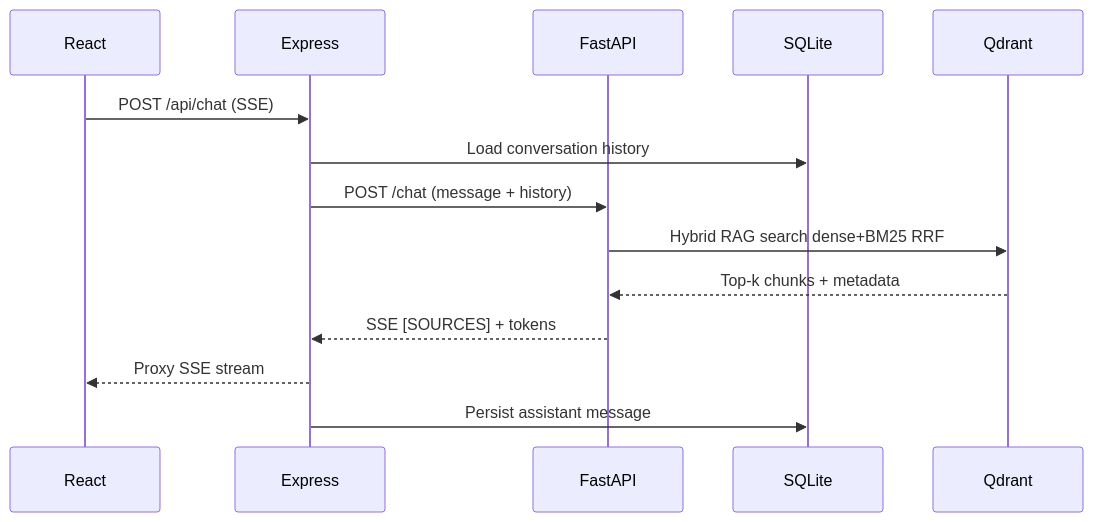
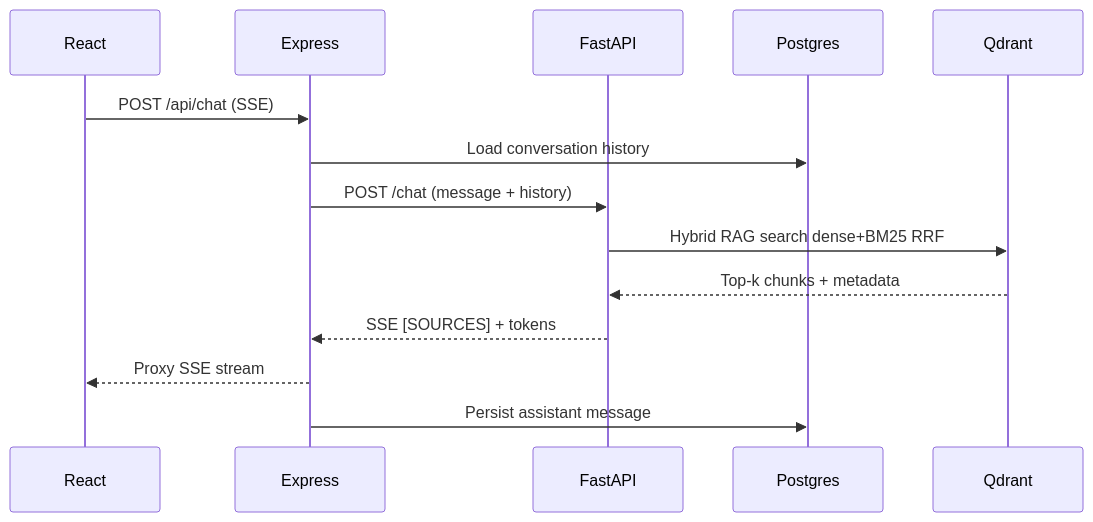
One commit to shashank3876/Dev-Mind changed the second of 3 diagrams in ARCHITECTURE.md. Above: the diagram before and after it, drawn with Mermaid. The commit also changed other lines of this file and 34 other files, not shown here.

````diff
--- a/ARCHITECTURE.md
+++ b/ARCHITECTURE.md
@@ -50,17 +51,17 @@
 ```mermaid
 sequenceDiagram
   participant UI as React
   participant API as Express
   participant AI as FastAPI
-  participant DB as SQLite
+  participant DB as Postgres
   participant VS as Qdrant
 
   UI->>API: POST /api/chat (SSE)
   API->>DB: Load conversation history
   API->>AI: POST /chat (message + history)
   AI->>VS: Hybrid RAG search dense+BM25 RRF
   VS-->>AI: Top-k chunks + metadata
   AI-->>API: SSE [SOURCES] + tokens
   API-->>UI: Proxy SSE stream
   API->>DB: Persist assistant message
 ```
````
